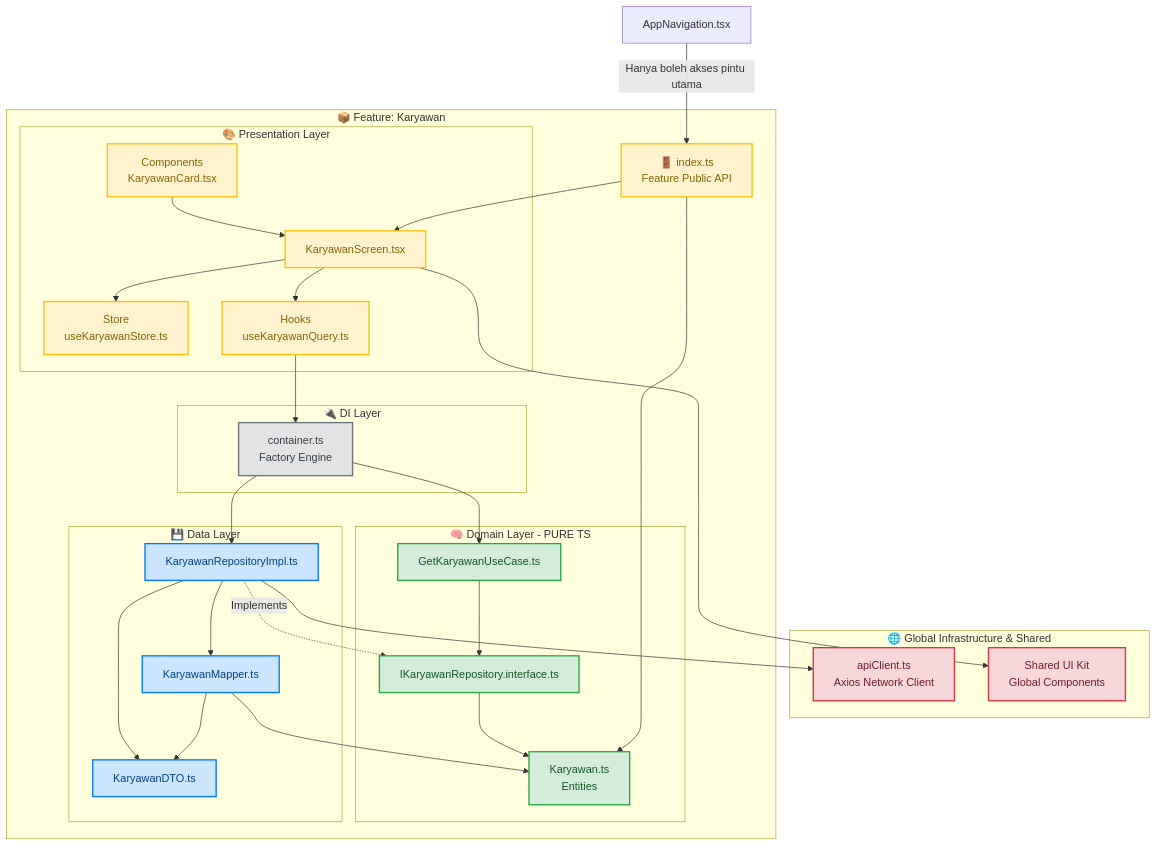
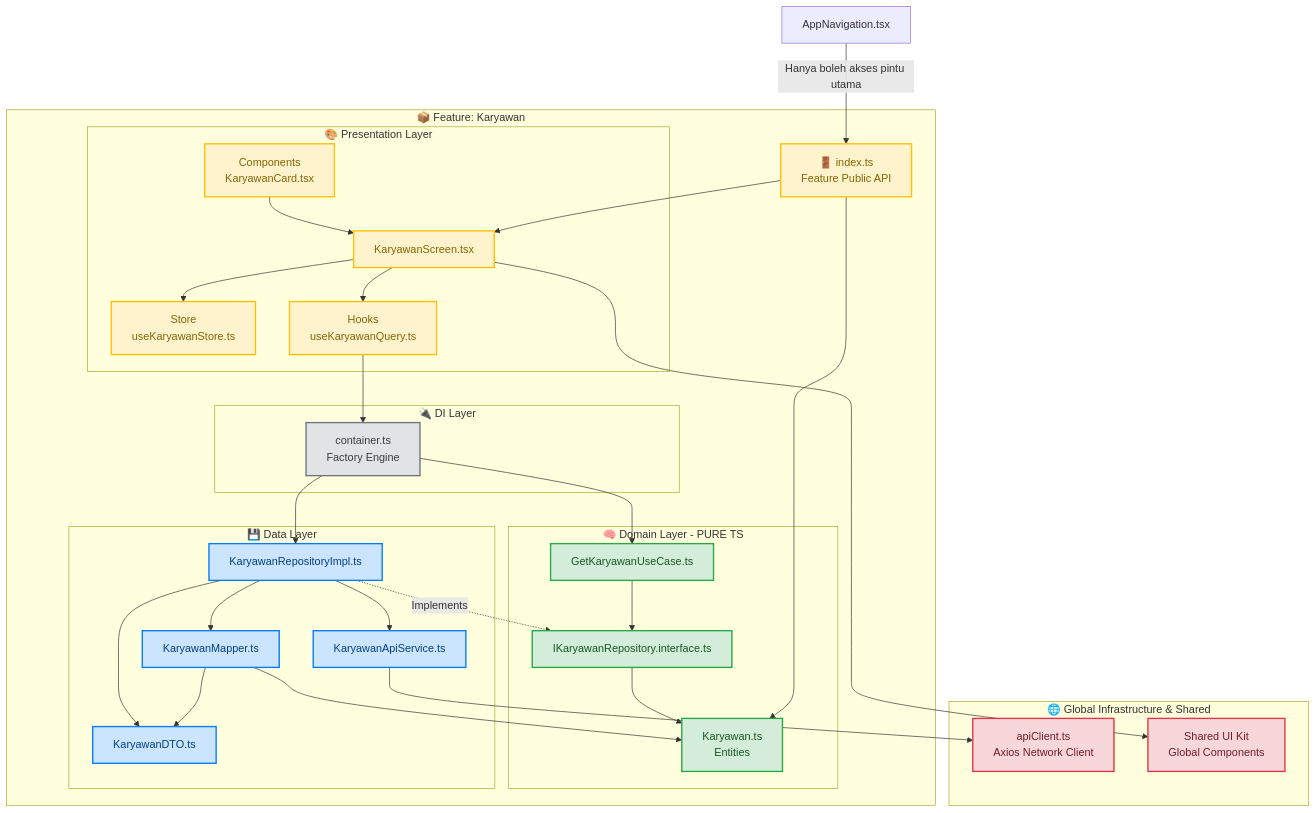
Before and after one commit to Brianbramasta/react-native-clean-arch: the first of 2 diagrams in documentation/rules/visualisasi architecture.md, drawn with Mermaid. The commit also changed 3 other files, not shown here.

Commit message:
feat(karyawan): refactor Karyawan repository to use KaryawanApiService for API calls

```diff
--- a/documentation/rules/visualisasi architecture.md
+++ b/documentation/rules/visualisasi architecture.md
@@ -54,6 +54,7 @@
             repoImpl[KaryawanRepositoryImpl.ts]:::data
             mapper[KaryawanMapper.ts]:::data
             dto[KaryawanDTO.ts]:::data
+            apiService[KaryawanApiService.ts]:::data
         end
     end
 
@@ -72,14 +73,15 @@
     repoInterface --> entity
     
     repoImpl -.->|Implements| repoInterface
+    repoImpl --> apiService
     repoImpl --> mapper
     
+    apiService --> apiClient
     repoImpl --> dto
     mapper --> dto
     mapper --> entity
 
     %% External Connections
-    repoImpl --> apiClient
     screen --> sharedUI
     
     %% Public API Gate Connection
```
